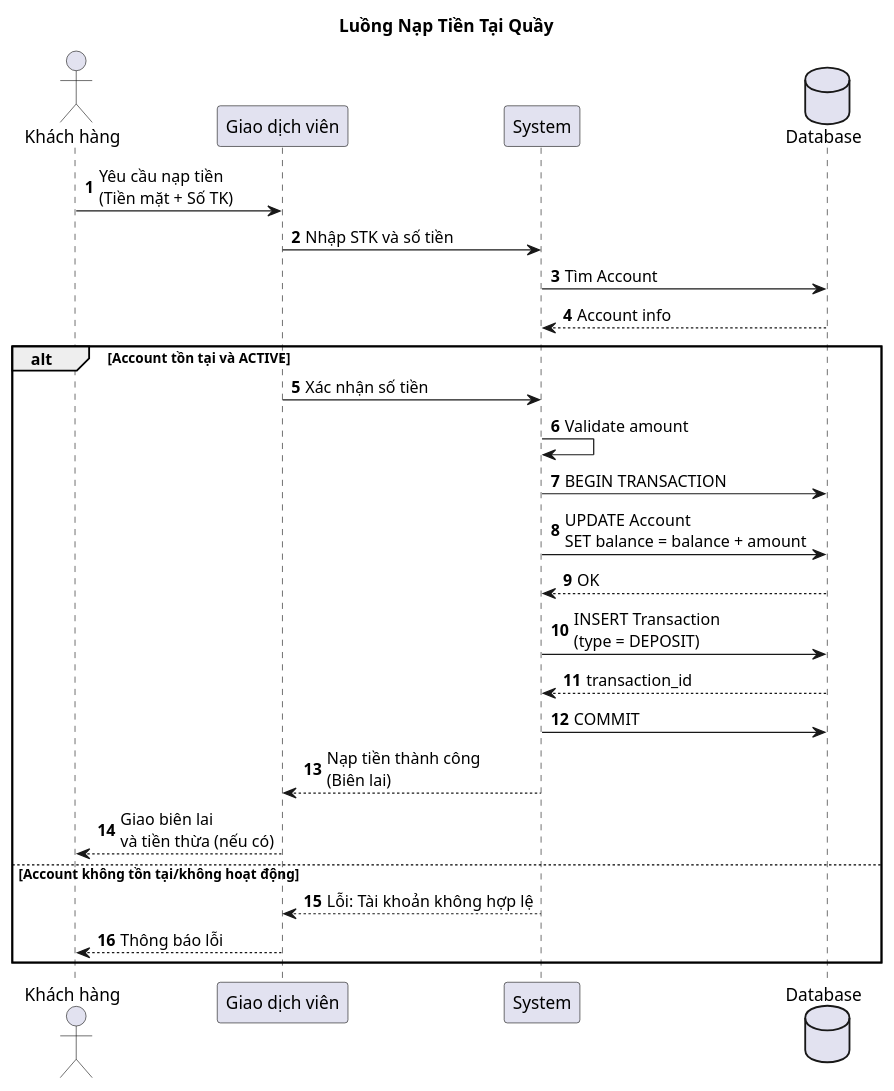
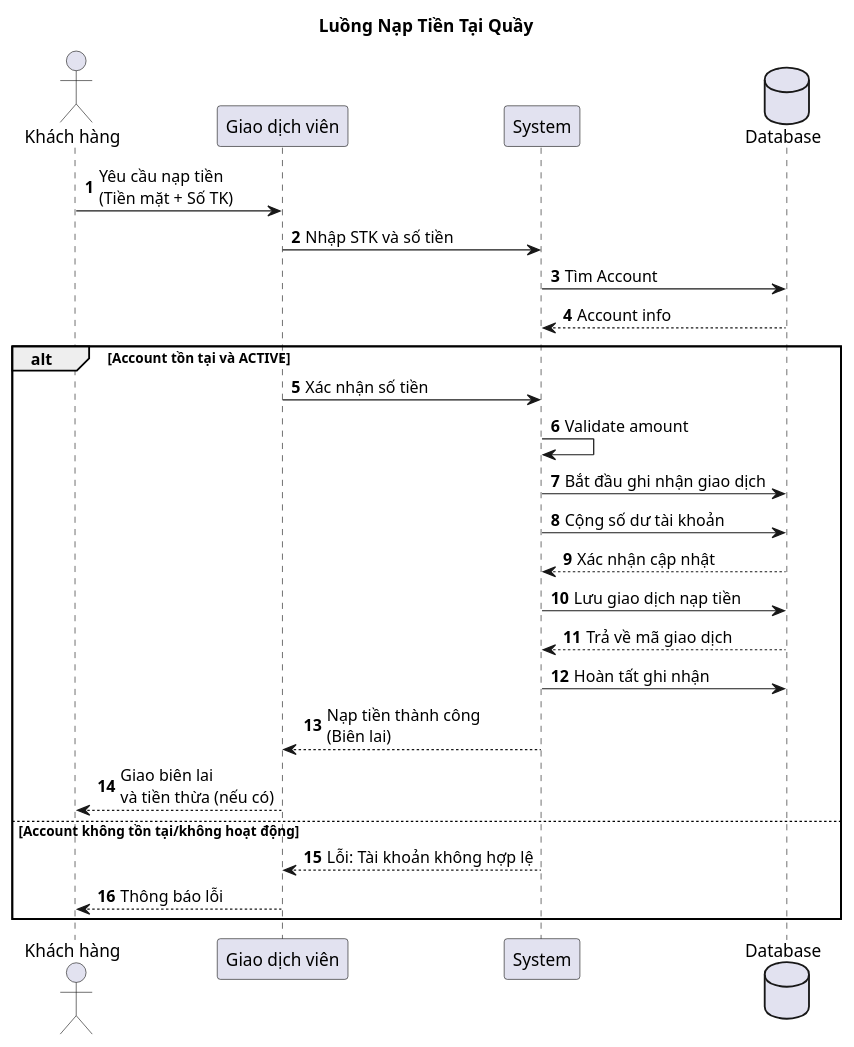
The diagram in diagrams/sequence/02-nap-tien.puml (Bang334/nganhang), drawn with PlantUML before and after one commit. The commit also changed 168 other files, not shown here.

```diff
--- a/diagrams/sequence/02-nap-tien.puml
+++ b/diagrams/sequence/02-nap-tien.puml
@@ -1,38 +1,38 @@
 @startuml Nạp Tiền
 autonumber
 title Luồng Nạp Tiền Tại Quầy
 
 actor "Khách hàng" as Customer
 participant "Giao dịch viên" as Teller
 participant "System" as System
 database "Database" as DB
 
 Customer -> Teller: Yêu cầu nạp tiền\n(Tiền mặt + Số TK)
 Teller -> System: Nhập STK và số tiền
 
 System -> DB: Tìm Account
 DB --> System: Account info
 
 alt Account tồn tại và ACTIVE
     Teller -> System: Xác nhận số tiền
     System -> System: Validate amount
     
-    System -> DB: BEGIN TRANSACTION
+    System -> DB: Bắt đầu ghi nhận giao dịch
     
-    System -> DB: UPDATE Account\nSET balance = balance + amount
-    DB --> System: OK
+    System -> DB: Cộng số dư tài khoản
+    DB --> System: Xác nhận cập nhật
     
-    System -> DB: INSERT Transaction\n(type = DEPOSIT)
-    DB --> System: transaction_id
+    System -> DB: Lưu giao dịch nạp tiền
+    DB --> System: Trả về mã giao dịch
     
-    System -> DB: COMMIT
+    System -> DB: Hoàn tất ghi nhận
     
     System --> Teller: Nạp tiền thành công\n(Biên lai)
     Teller --> Customer: Giao biên lai\nvà tiền thừa (nếu có)
     
 else Account không tồn tại/không hoạt động
     System --> Teller: Lỗi: Tài khoản không hợp lệ
     Teller --> Customer: Thông báo lỗi
 end
 
 @enduml
```
